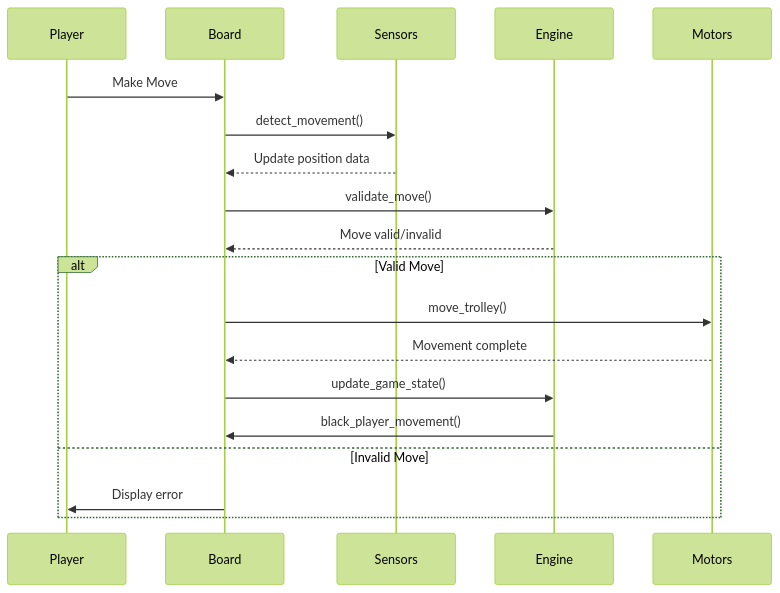
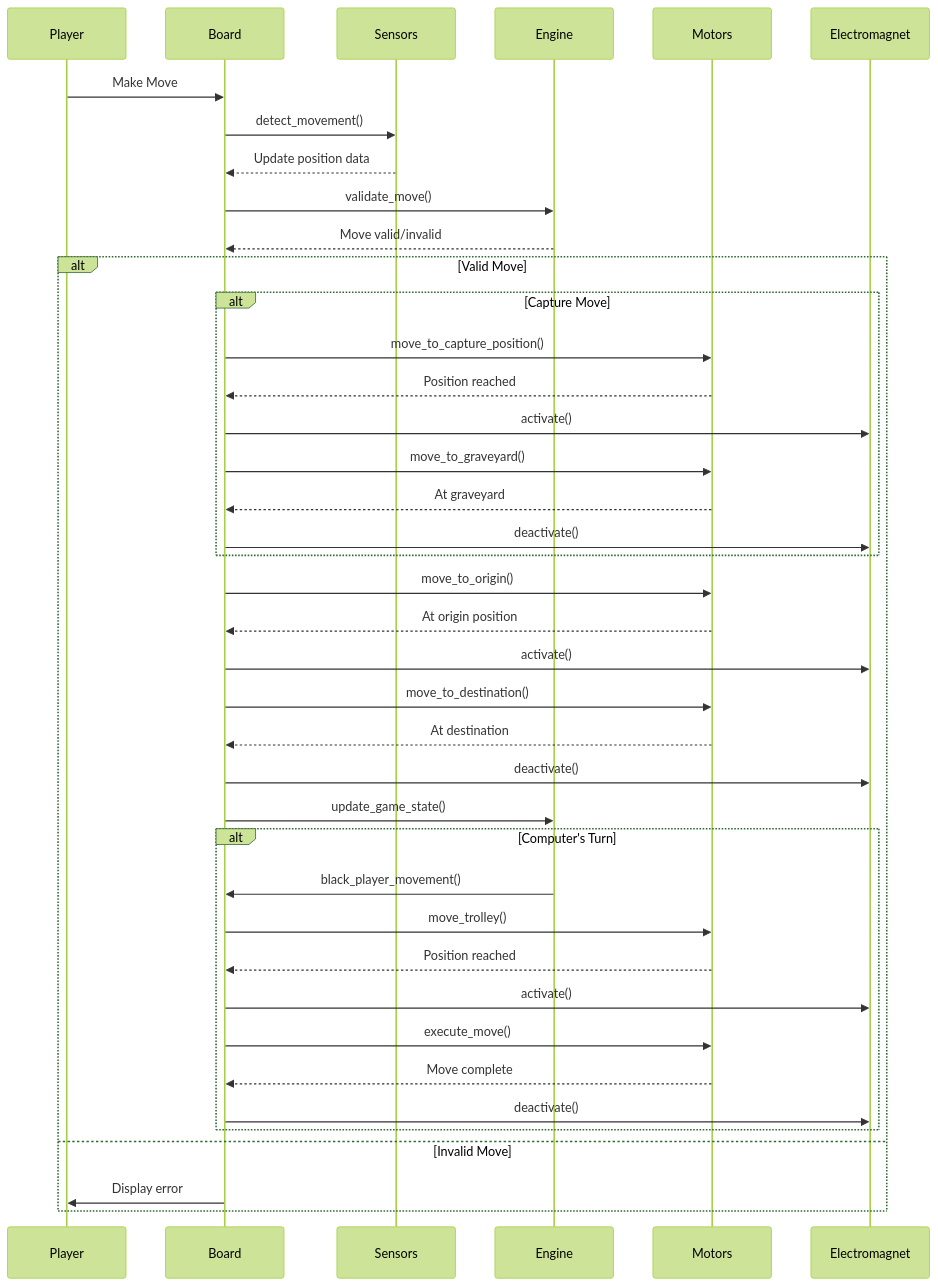
One commit to marcelo-massimi/chessboard changed the first of 2 diagrams in docs/specifications.md. Above: the diagram before and after it, drawn with Mermaid (forest theme).

Commit message:
Update specifications.md to improve documentation clarity and structure

````diff
--- a/docs/specifications.md
+++ b/docs/specifications.md
@@ -76,23 +76,46 @@
 ```mermaid
 sequenceDiagram
     participant Player
     participant Board
     participant Sensors
     participant Engine
     participant Motors
+    participant Electromagnet
 
     Player->>Board: Make Move
     Board->>Sensors: detect_movement()
     Sensors-->>Board: Update position data
     Board->>Engine: validate_move()
     Engine-->>Board: Move valid/invalid
     
     alt Valid Move
-        Board->>Motors: move_trolley()
-        Motors-->>Board: Movement complete
+        alt Capture Move
+            Board->>Motors: move_to_capture_position()
+            Motors-->>Board: Position reached
+            Board->>Electromagnet: activate()
+            Board->>Motors: move_to_graveyard()
+            Motors-->>Board: At graveyard
+            Board->>Electromagnet: deactivate()
+        end
+        
+        Board->>Motors: move_to_origin()
+        Motors-->>Board: At origin position
+        Board->>Electromagnet: activate()
+        Board->>Motors: move_to_destination()
+        Motors-->>Board: At destination
+        Board->>Electromagnet: deactivate()
         Board->>Engine: update_game_state()
-        Engine->>Board: black_player_movement()
+        
+        alt Computer's Turn
+            Engine->>Board: black_player_movement()
+            Board->>Motors: move_trolley()
+            Motors-->>Board: Position reached
+            Board->>Electromagnet: activate()
+            Board->>Motors: execute_move()
+            Motors-->>Board: Move complete
+            Board->>Electromagnet: deactivate()
+        end
     else Invalid Move
         Board->>Player: Display error
     end
 ```
````
